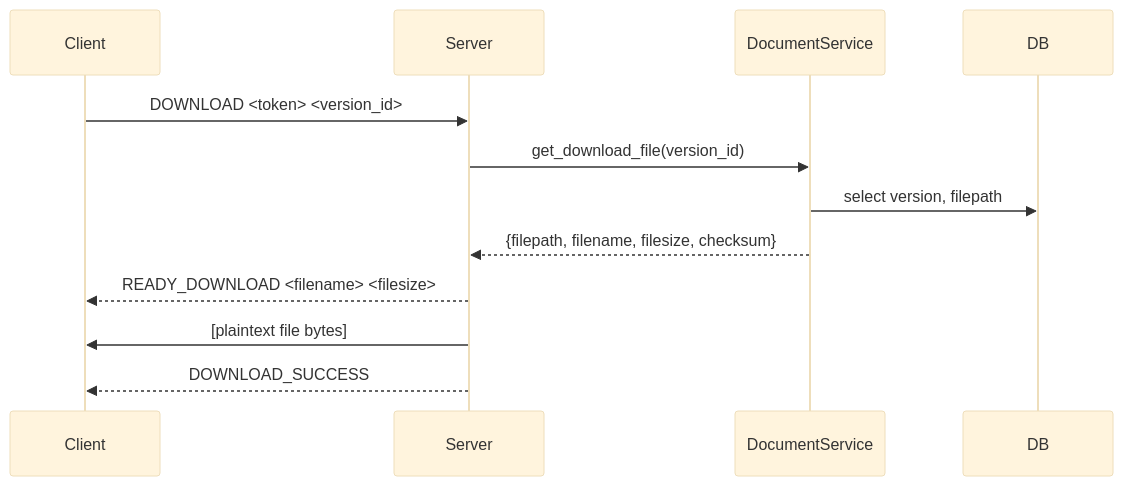
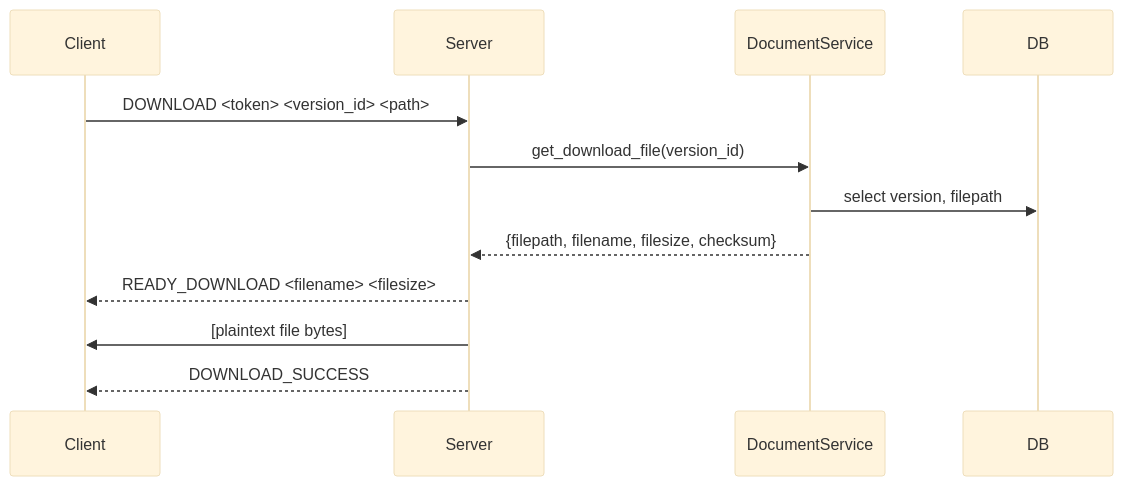
One commit to nttdung0605/Enterprise-Document-Management-System changed the third of 3 diagrams in README.md. Above: the diagram before and after it, drawn with Mermaid (base theme). The commit also changed other lines of this file, not shown here.

````diff
--- a/README.md
+++ b/README.md
@@ -150,10 +150,10 @@
 ```mermaid
 sequenceDiagram
-		Client->>Server: DOWNLOAD <token> <version_id>
+		Client->>Server: DOWNLOAD <token> <version_id> <path>
 		Server->>DocumentService: get_download_file(version_id)
 		DocumentService->>DB: select version, filepath
 		DocumentService-->>Server: {filepath, filename, filesize, checksum}
 		Server-->>Client: READY_DOWNLOAD <filename> <filesize>
 		Server->>Client: [plaintext file bytes]
 		Server-->>Client: DOWNLOAD_SUCCESS
 ```
````
